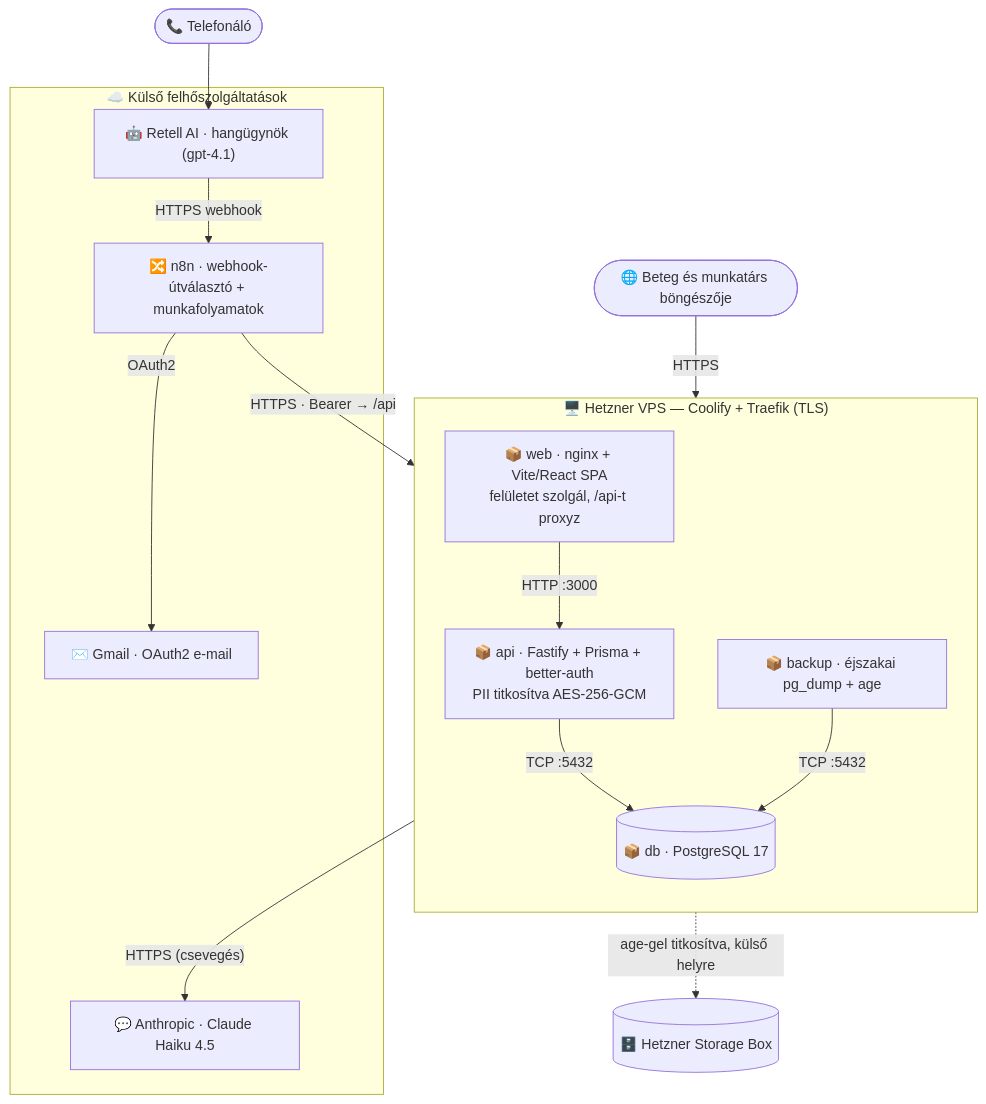
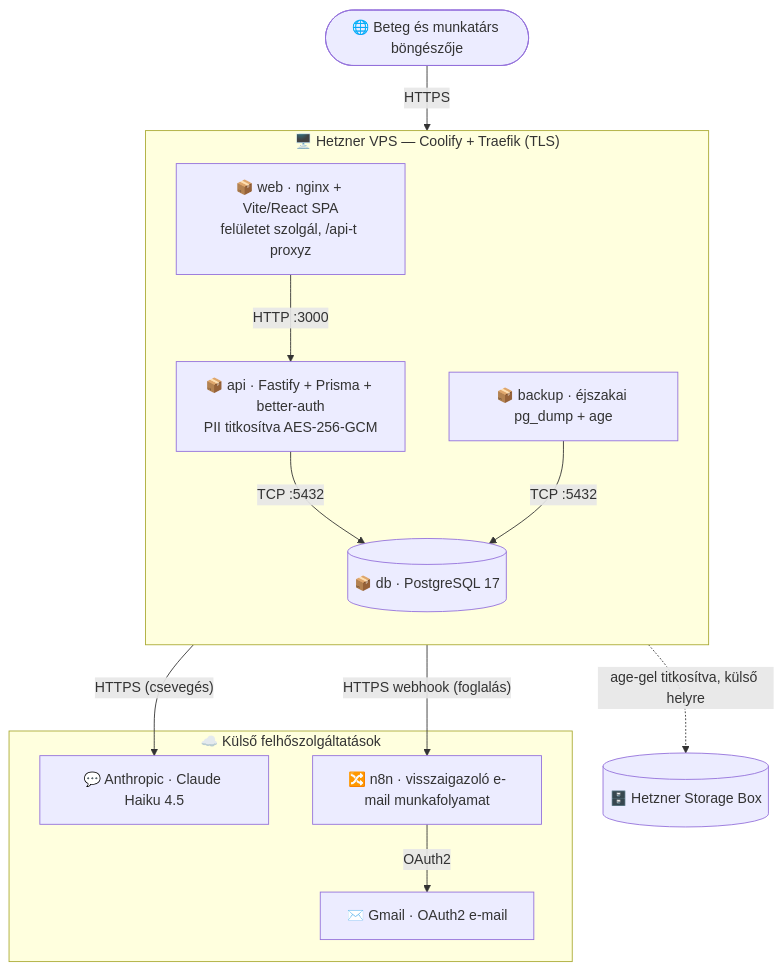
Before and after one commit to hbela/sunshine-dental: the third of 3 diagrams in docs/user-guide.hu.md, drawn with Mermaid. The commit also changed other lines of this file and 103 other files, not shown here.

````diff
--- a/docs/user-guide.hu.md
+++ b/docs/user-guide.hu.md
@@ -233,29 +214,26 @@
 ```mermaid
 flowchart TB
     browser(["🌐 Beteg és munkatárs böngészője"]) -->|HTTPS| web
-    phone(["📞 Telefonáló"]) --> retell
 
     subgraph vps["🖥️ Hetzner VPS — Coolify + Traefik (TLS)"]
         direction TB
         web["📦 web · nginx + Vite/React SPA<br/>felületet szolgál, /api-t proxyz"]
         api["📦 api · Fastify + Prisma + better-auth<br/>PII titkosítva AES-256-GCM"]
         db[("📦 db · PostgreSQL 17")]
         backup["📦 backup · éjszakai pg_dump + age"]
         web -->|"HTTP :3000"| api
         api -->|"TCP :5432"| db
         backup -->|"TCP :5432"| db
     end
 
     subgraph cloud["☁️ Külső felhőszolgáltatások"]
-        retell["🤖 Retell AI · hangügynök (gpt-4.1)"]
-        n8n["🔀 n8n · webhook-útválasztó + munkafolyamatok"]
         anthropic["💬 Anthropic · Claude Haiku 4.5"]
+        n8n["🔀 n8n · visszaigazoló e-mail munkafolyamat"]
         gmail["✉️ Gmail · OAuth2 e-mail"]
     end
 
-    retell -->|HTTPS webhook| n8n
-    n8n -->|"HTTPS · Bearer → /api"| web
     api -->|"HTTPS (csevegés)"| anthropic
+    api -->|"HTTPS webhook (foglalás)"| n8n
     n8n -->|OAuth2| gmail
     backup -.->|age-gel titkosítva, külső helyre| storagebox[("🗄️ Hetzner Storage Box")]
 ```
````
